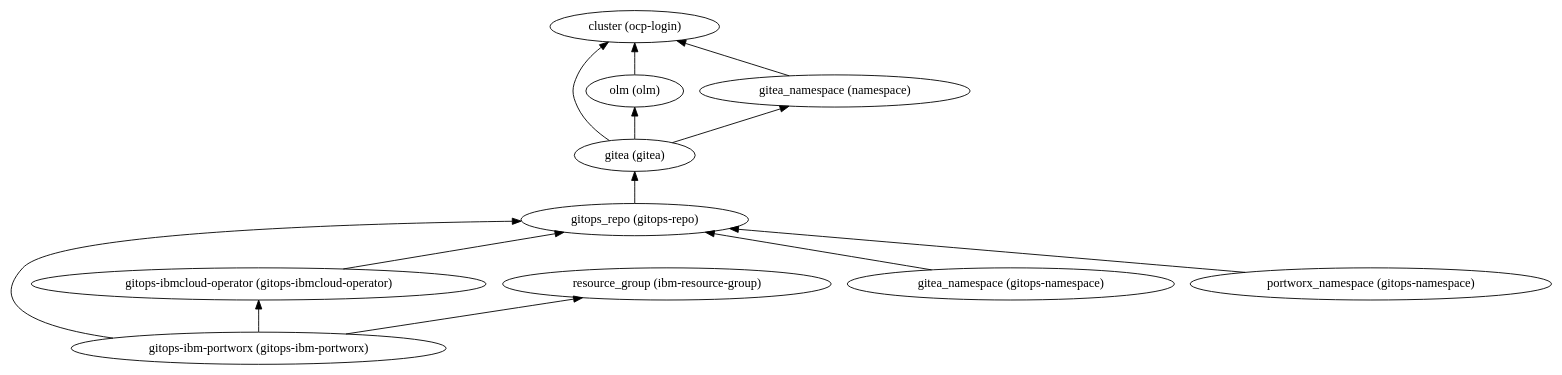
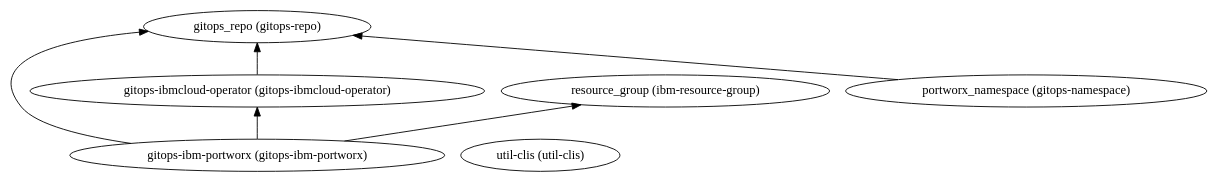
Before and after one commit to IBM/automation-integration-platform: the diagram in 210-ibm-portworx-storage/dependencies.dot, drawn with Graphviz. The commit also changed 112 other files, not shown here.

```diff
--- a/210-ibm-portworx-storage/dependencies.dot
+++ b/210-ibm-portworx-storage/dependencies.dot
@@ -1,25 +1,14 @@
 digraph {
     rankdir="BT"
-    "gitea (gitea)" -> "cluster (ocp-login)"
-"gitea (gitea)" -> "olm (olm)"
-"gitea (gitea)" -> "gitea_namespace (namespace)"
-"gitea (gitea)"
-"cluster (ocp-login)"
-"olm (olm)" -> "cluster (ocp-login)"
-"olm (olm)"
-"gitea_namespace (namespace)" -> "cluster (ocp-login)"
-"gitea_namespace (namespace)"
-"gitops-ibm-portworx (gitops-ibm-portworx)" -> "gitops_repo (gitops-repo)"
+    "gitops-ibm-portworx (gitops-ibm-portworx)" -> "gitops_repo (gitops-repo)"
 "gitops-ibm-portworx (gitops-ibm-portworx)" -> "gitops-ibmcloud-operator (gitops-ibmcloud-operator)"
 "gitops-ibm-portworx (gitops-ibm-portworx)" -> "resource_group (ibm-resource-group)"
 "gitops-ibm-portworx (gitops-ibm-portworx)"
-"gitops_repo (gitops-repo)" -> "gitea (gitea)"
 "gitops_repo (gitops-repo)"
 "gitops-ibmcloud-operator (gitops-ibmcloud-operator)" -> "gitops_repo (gitops-repo)"
 "gitops-ibmcloud-operator (gitops-ibmcloud-operator)"
 "resource_group (ibm-resource-group)"
-"gitea_namespace (gitops-namespace)" -> "gitops_repo (gitops-repo)"
-"gitea_namespace (gitops-namespace)"
 "portworx_namespace (gitops-namespace)" -> "gitops_repo (gitops-repo)"
 "portworx_namespace (gitops-namespace)"
+"util-clis (util-clis)"
   }
```
